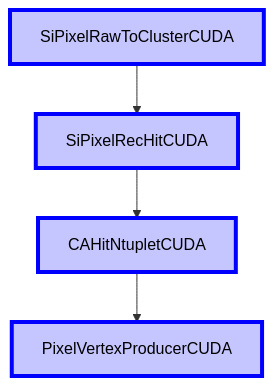
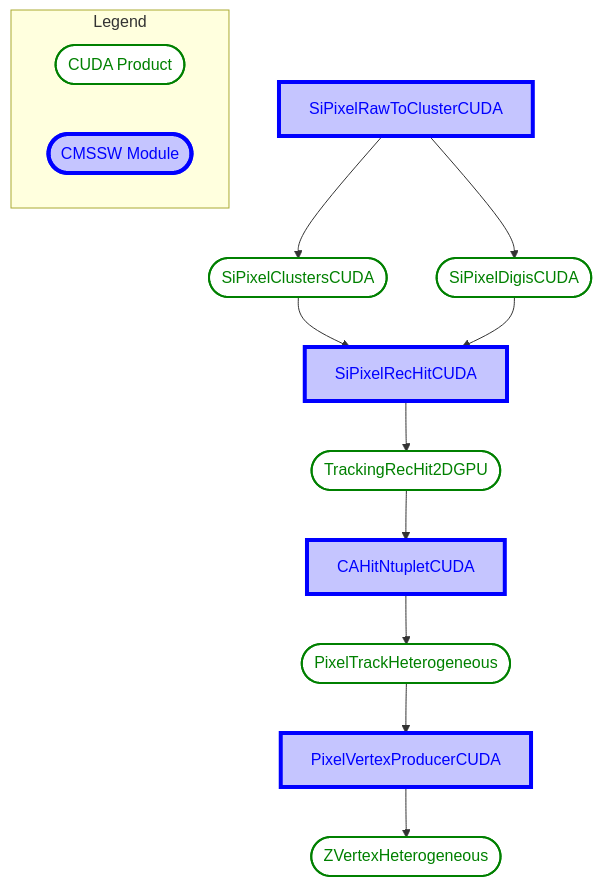
Before and after one commit to CMSTrackerDPG/cms-tkdpg-software-knowledge-transfer: the diagram in docs/cmssw/pixel-local/gpu/index.md, drawn with Mermaid.

Commit message:
GPU flowchart

````diff
--- a/docs/cmssw/pixel-local/gpu/index.md
+++ b/docs/cmssw/pixel-local/gpu/index.md
@@ -12,10 +12,24 @@
 ```mermaid
 flowchart TD
- classDef Module fill:#c5c5FF,stroke:#0000ff,stroke-width:4px,color:#000000;
+ classDef Module fill:#c5c5FF,stroke:#0000ff,stroke-width:4px,color:#0000ff;
+ classDef CUDAProduct fill:#ffffff,stroke:#008000,stroke-width:2px,color:#008000; 
+ SiPixelRawToClusterCUDA --> SiPixelDigisCUDA([SiPixelDigisCUDA])
+ SiPixelRawToClusterCUDA --> SiPixelClustersCUDA([SiPixelClustersCUDA])
+ 
+ SiPixelClustersCUDA --> SiPixelRecHitCUDA
+ SiPixelDigisCUDA --> SiPixelRecHitCUDA 
+ SiPixelRecHitCUDA --> TrackingRecHit2DGPU([TrackingRecHit2DGPU])
+ 
+ TrackingRecHit2DGPU --> CAHitNtupletCUDA
+ CAHitNtupletCUDA --> PixelTrackHeterogeneous([PixelTrackHeterogeneous])
+ PixelTrackHeterogeneous --> PixelVertexProducerCUDA
+ PixelVertexProducerCUDA --> ZVertexHeterogeneous([ZVertexHeterogeneous])
 
- SiPixelRawToClusterCUDA --> SiPixelRecHitCUDA
- SiPixelRecHitCUDA --> CAHitNtupletCUDA
- CAHitNtupletCUDA --> PixelVertexProducerCUDA
- 
- class SiPixelRawToClusterCUDA,SiPixelRecHitCUDA,CAHitNtupletCUDA,PixelVertexProducerCUDA Module;
+ subgraph Legend
+  CUDAProduct([CUDA Product])
+  CMSSWModule([CMSSW Module])
+ end
+  
+ class CMSSWModule,SiPixelRawToClusterCUDA,SiPixelRecHitCUDA,CAHitNtupletCUDA,PixelVertexProducerCUDA Module;
+ class CUDAProduct,SiPixelClustersCUDA,SiPixelDigisCUDA,TrackingRecHit2DGPU,PixelTrackHeterogeneous,ZVertexHeterogeneous CUDAProduct;  
 ```
````
